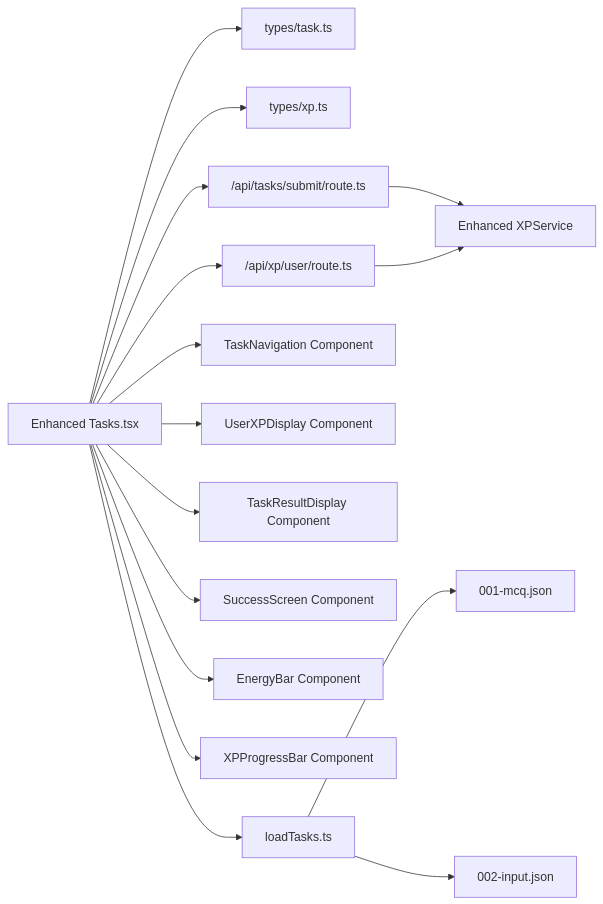
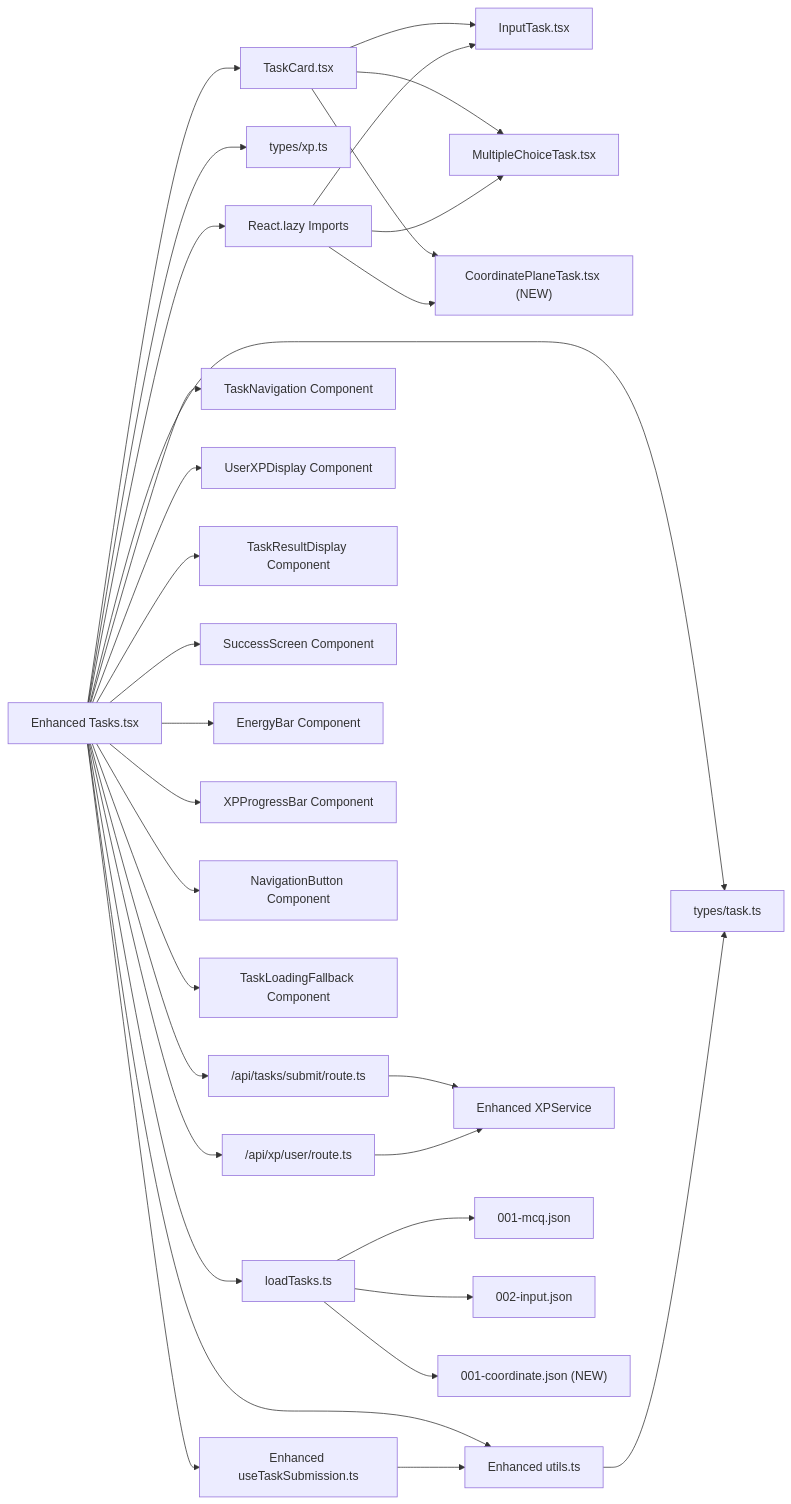
The fifth of 5 diagrams in .qoder/repowiki/en/content/Core Features/Learning Interface/Task System Architecture.md (AlexKutz/math-app-next-js), drawn with Mermaid before and after one commit. The commit also changed other lines of this file and 125 other files, not shown here.

````diff
--- a/.qoder/repowiki/en/content/Core Features/Learning Interface/Task System Architecture.md
+++ b/.qoder/repowiki/en/content/Core Features/Learning Interface/Task System Architecture.md
@@ -492,18 +899,33 @@
 ```mermaid
 graph LR
-Tasks["Enhanced Tasks.tsx"] --> TypesTask["types/task.ts"]
+TaskCard["TaskCard.tsx"] --> InputTask["InputTask.tsx"]
+TaskCard --> MultipleChoiceTask["MultipleChoiceTask.tsx"]
+TaskCard --> CoordinatePlaneTask["CoordinatePlaneTask.tsx (NEW)"]
+Tasks["Enhanced Tasks.tsx"] --> TaskCard
+Tasks --> TypesTask["types/task.ts"]
 Tasks --> TypesXP["types/xp.ts"]
 Tasks --> SubmitRoute["/api/tasks/submit/route.ts"]
 Tasks --> XPUserRoute["/api/xp/user/route.ts"]
 Tasks --> TaskNav["TaskNavigation Component"]
 Tasks --> UserXP["UserXPDisplay Component"]
 Tasks --> XPResult["TaskResultDisplay Component"]
 Tasks --> SuccessScreen["SuccessScreen Component"]
 Tasks --> EnergyBar["EnergyBar Component"]
 Tasks --> XPProgress["XPProgressBar Component"]
+Tasks --> NavigationButton["NavigationButton Component"]
+Tasks --> TaskLoadingFallback["TaskLoadingFallback Component"]
+Tasks --> UseTaskSubmission["Enhanced useTaskSubmission.ts"]
+Tasks --> Utils["Enhanced utils.ts"]
 SubmitRoute --> XPService["Enhanced XPService"]
 XPUserRoute --> XPService
 Tasks --> LoadTasks["loadTasks.ts"]
+UseTaskSubmission --> Utils
+Utils --> TypesTask
+Tasks --> LazyImports["React.lazy Imports"]
+LazyImports --> InputTask
+LazyImports --> MultipleChoiceTask
+LazyImports --> CoordinatePlaneTask
 LoadTasks --> ContentMCQ["001-mcq.json"]
 LoadTasks --> ContentInput["002-input.json"]
+LoadTasks --> ContentCoord["001-coordinate.json (NEW)"]
 ```
````
